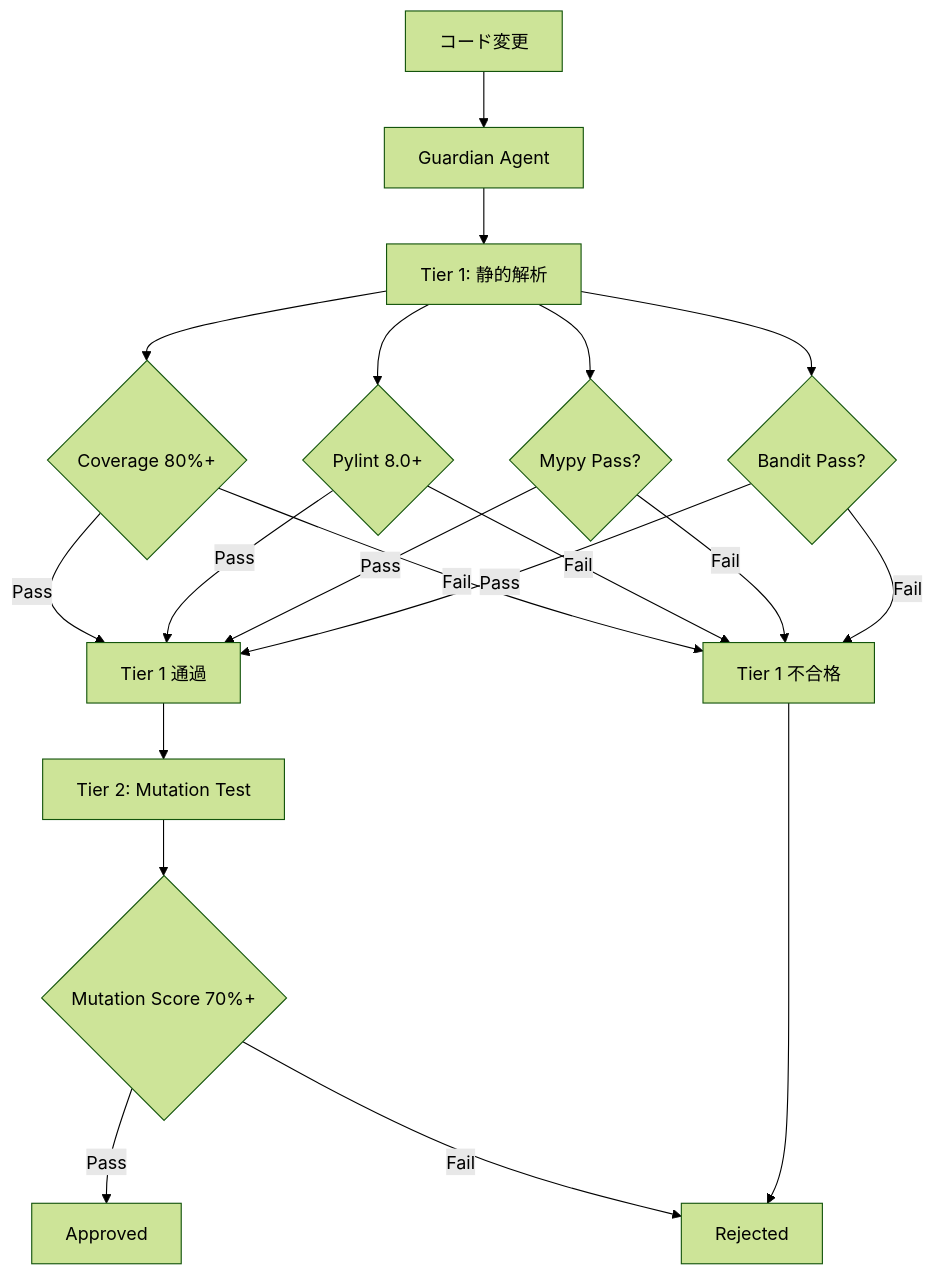
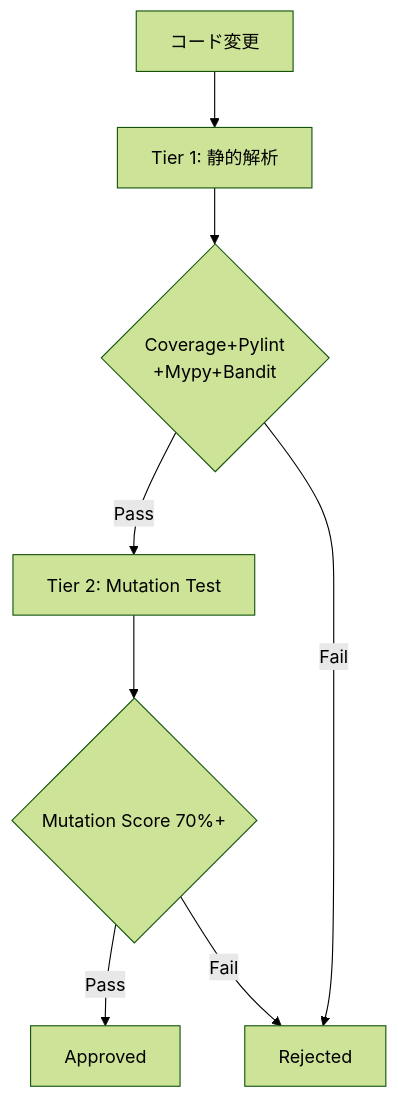
The fourth of 5 diagrams in articles/nexuscore-multi-agent-architecture.md (fukukei23/zenn), drawn with Mermaid (forest theme) before and after one commit. The commit also changed other lines of this file, not shown here.

Commit message:
fix: simplify all 5 mermaid diagrams for readability - reduce node count

````diff
--- a/articles/nexuscore-multi-agent-architecture.md
+++ b/articles/nexuscore-multi-agent-architecture.md
@@ -298,27 +207,10 @@
 ```mermaid
 graph TD
-    Code["コード変更"] --> Guardian["Guardian Agent"]
-    Guardian --> T1["Tier 1: 静的解析"]
-
-    T1 --> Cov{"Coverage 80%+"}
-    T1 --> Pylint{"Pylint 8.0+"}
-    T1 --> Mypy{"Mypy Pass?"}
-    T1 --> Bandit{"Bandit Pass?"}
-
-    Cov -->|Pass| T1OK["Tier 1 通過"]
-    Pylint -->|Pass| T1OK
-    Mypy -->|Pass| T1OK
-    Bandit -->|Pass| T1OK
-
-    Cov -->|Fail| T1NG["Tier 1 不合格"]
-    Pylint -->|Fail| T1NG
-    Mypy -->|Fail| T1NG
-    Bandit -->|Fail| T1NG
-
-    T1OK --> T2["Tier 2: Mutation Test"]
-    T2 --> MutScore{"Mutation Score 70%+"}
-
-    MutScore -->|Pass| Approved["Approved"]
-    MutScore -->|Fail| Rejected["Rejected"]
-    T1NG --> Rejected
+    Code["コード変更"] --> T1["Tier 1: 静的解析"]
+    T1 --> T1R{"Coverage+Pylint<br/>+Mypy+Bandit"}
+    T1R -->|Pass| T2["Tier 2: Mutation Test"]
+    T1R -->|Fail| NG["Rejected"]
+    T2 --> T2R{"Mutation Score 70%+"}
+    T2R -->|Pass| OK["Approved"]
+    T2R -->|Fail| NG
 ```
````
